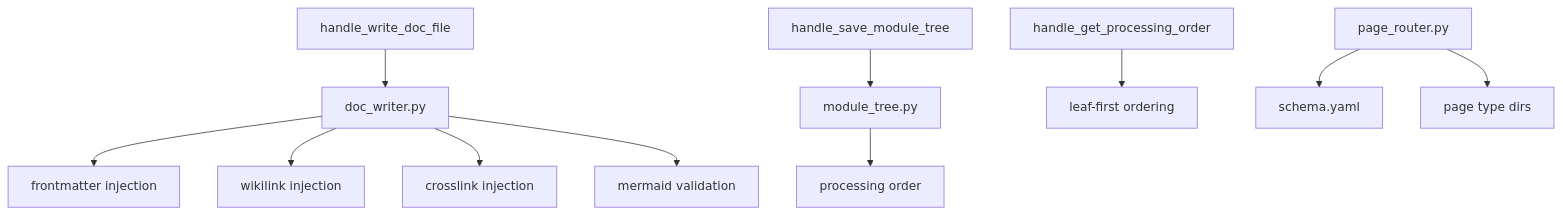
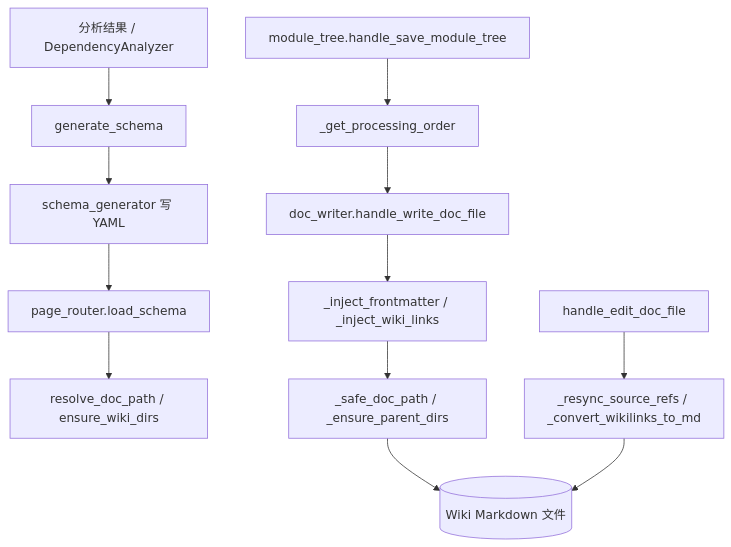
One commit to mambo-wang/CodeWiki-Plus changed the diagram in repowiki/wiki/modules/MCP_Tools_DocWriter.md. Above: the diagram before and after it, drawn with Mermaid. The commit also changed other lines of this file and 36 other files, not shown here.

````diff
--- a/repowiki/wiki/modules/MCP_Tools_DocWriter.md
+++ b/repowiki/wiki/modules/MCP_Tools_DocWriter.md
@@ -17,13 +91,14 @@
 ```mermaid
-graph TB
-    A[handle_write_doc_file] --> B[doc_writer.py]
-    B --> C[frontmatter injection]
-    B --> D[wikilink injection]
-    B --> E[crosslink injection]
-    B --> F[mermaid validation]
-    G[handle_save_module_tree] --> H[module_tree.py]
-    H --> I[processing order]
-    J[handle_get_processing_order] --> K[leaf-first ordering]
-    L[page_router.py] --> M[schema.yaml]
-    L --> N[page type dirs]
+flowchart TD
+    A[分析结果 / DependencyAnalyzer] --> B[generate_schema]
+    B --> C[schema_generator 写 YAML]
+    C --> D[page_router.load_schema]
+    D --> E[resolve_doc_path / ensure_wiki_dirs]
+    F[module_tree.handle_save_module_tree] --> G[_get_processing_order]
+    G --> H[doc_writer.handle_write_doc_file]
+    H --> I[_inject_frontmatter / _inject_wiki_links]
+    I --> J[_safe_doc_path / _ensure_parent_dirs]
+    J --> K[(Wiki Markdown 文件)]
+    L[handle_edit_doc_file] --> M[_resync_source_refs / _convert_wikilinks_to_md]
+    M --> K
 ```
````
